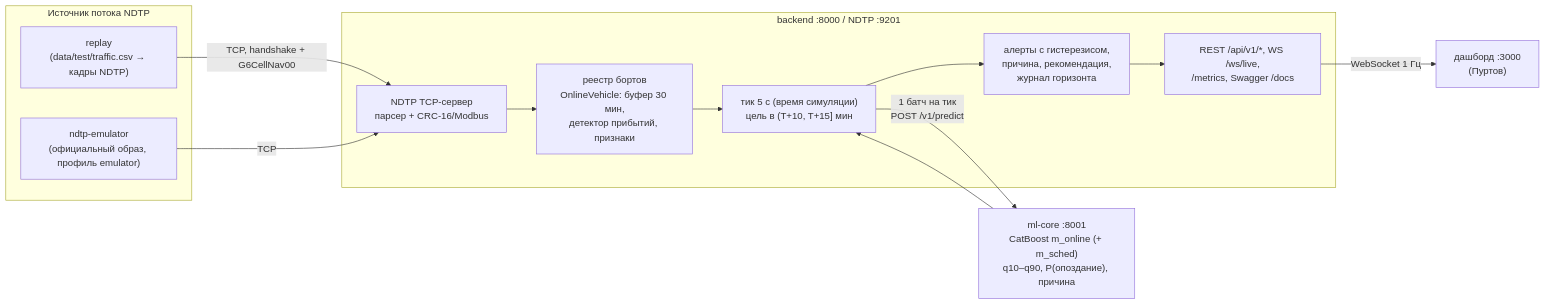
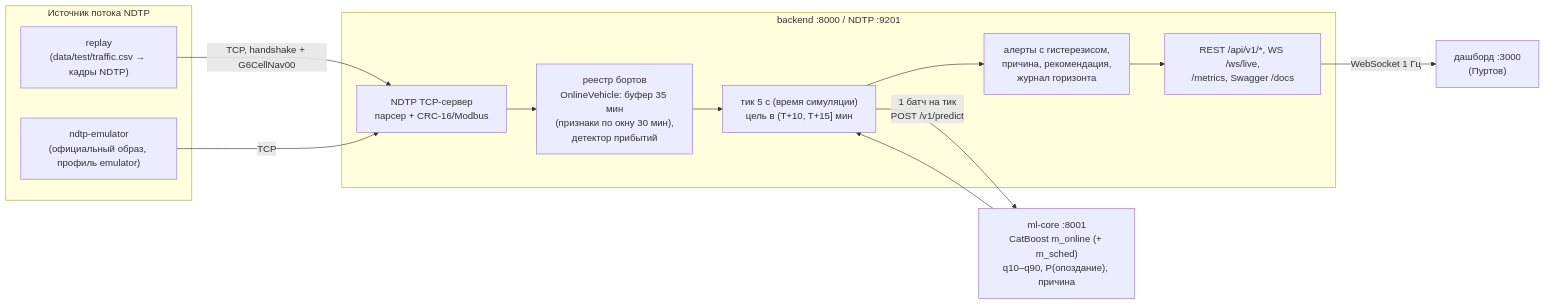
Before and after one commit to Lavrentiy123/proact-transport: the diagram in docs/architecture.md, drawn with Mermaid. The commit also changed other lines of this file and 20 other files, not shown here.

````diff
--- a/docs/architecture.md
+++ b/docs/architecture.md
@@ -5,22 +5,22 @@
 ```mermaid
 flowchart LR
     subgraph src["Источник потока NDTP"]
         R["replay\n(data/test/traffic.csv → кадры NDTP)"]
         E["ndtp-emulator\n(официальный образ, профиль emulator)"]
     end
     subgraph be["backend :8000 / NDTP :9201"]
         S["NDTP TCP-сервер\nпарсер + CRC-16/Modbus"]
-        F["реестр бортов\nOnlineVehicle: буфер 30 мин,\nдетектор прибытий, признаки"]
+        F["реестр бортов\nOnlineVehicle: буфер 35 мин\n(признаки по окну 30 мин),\nдетектор прибытий"]
         T["тик 5 с (время симуляции)\nцель в (T+10, T+15] мин"]
         A["алерты с гистерезисом,\nпричина, рекомендация,\nжурнал горизонта"]
         API["REST /api/v1/*, WS /ws/live,\n/metrics, Swagger /docs"]
     end
     ML["ml-core :8001\nCatBoost m_online (+ m_sched)\nq10–q90, P(опоздание), причина"]
     UI["дашборд :3000\n(Пуртов)"]
     R -- "TCP, handshake + G6CellNav00" --> S
     E -- "TCP" --> S
     S --> F --> T
     T -- "1 батч на тик\nPOST /v1/predict" --> ML
     ML --> T --> A --> API
     API -- "WebSocket 1 Гц" --> UI
 ```
````
